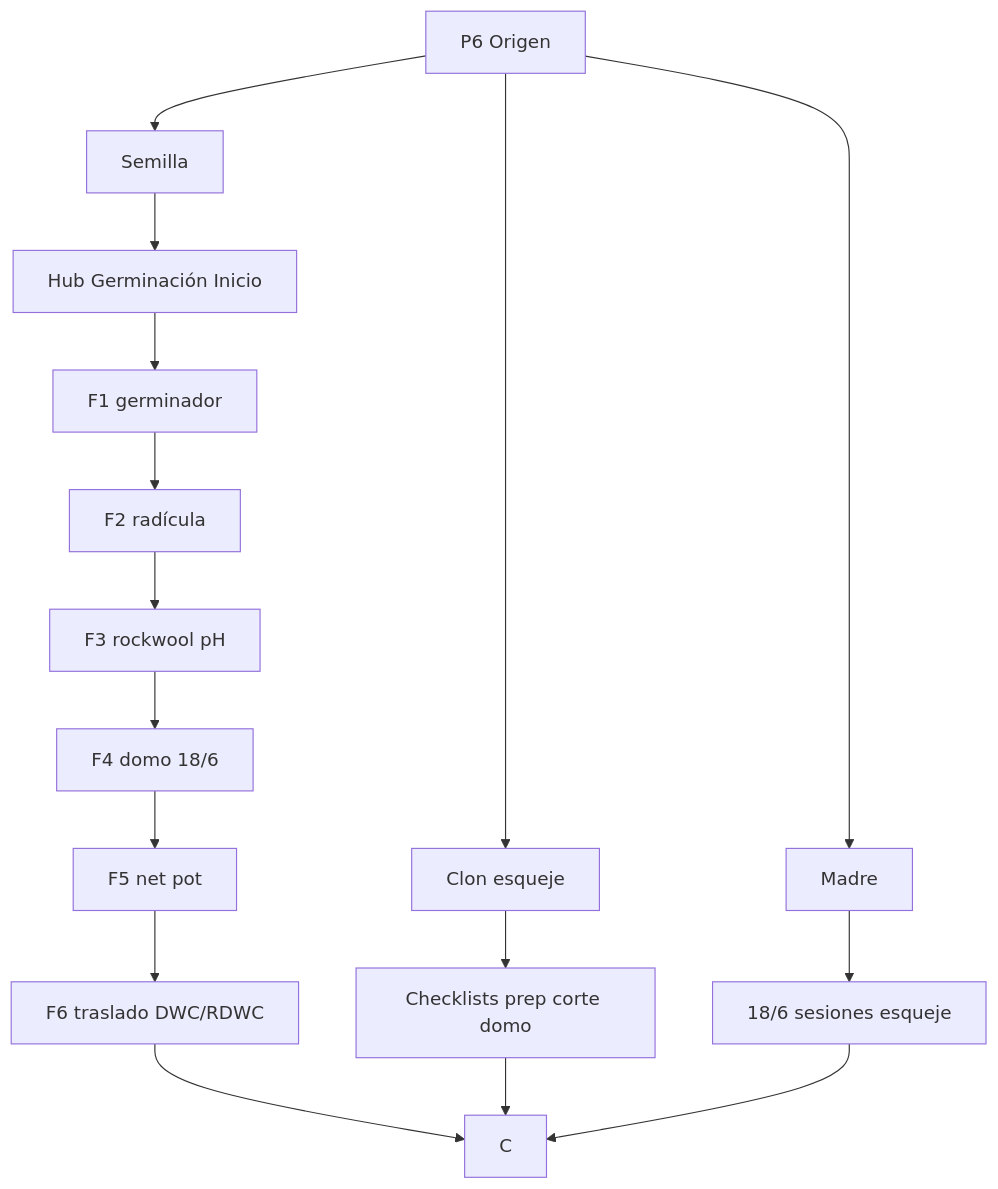
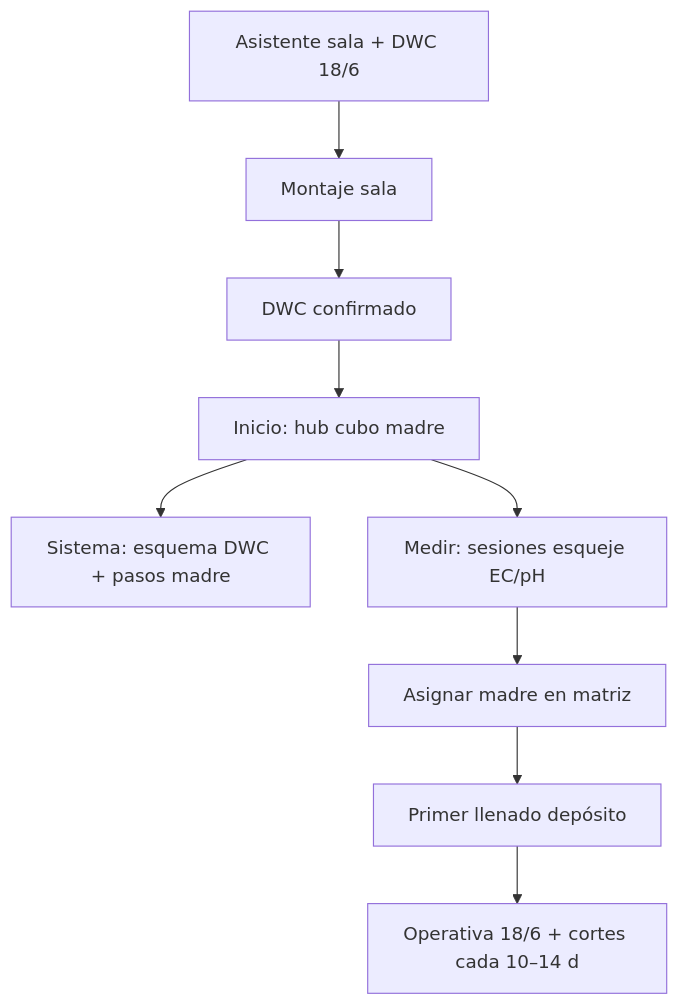
One commit to Debrin77/HidroGrow-web changed the seventh of 10 diagrams in docs/diagrama-flujo-hidrogrow.md. Above: the diagram before and after it, drawn with Mermaid. The commit also changed other lines of this file and 9 other files, not shown here.

First line of the commit message:
perf60: unificar checklist enraizado y diagrama de flujo completo

````diff
--- a/docs/diagrama-flujo-hidrogrow.md
+++ b/docs/diagrama-flujo-hidrogrow.md
@@ -78,18 +165,11 @@
 ```mermaid
 flowchart TD
-  O6[P6 Origen] --> SEM[Semilla]
-  O6 --> CLON[Clon esqueje]
-  O6 --> MAD[Madre]
-  SEM --> G[Hub Germinación Inicio]
-  G --> G1[F1 germinador]
-  G1 --> G2[F2 radícula]
-  G2 --> G3[F3 rockwool pH]
-  G3 --> G4[F4 domo 18/6]
-  G4 --> G5[F5 net pot]
-  G5 --> G6[F6 traslado DWC/RDWC]
-  G6 --> C
-  CLON --> CK[Checklists prep corte domo]
-  CK --> C
-  MAD --> MD[18/6 sesiones esqueje]
-  MD --> C
+  D1[Asistente sala + DWC 18/6] --> D2[Montaje sala]
+  D2 --> D3[DWC confirmado]
+  D3 --> D4[Inicio: hub cubo madre]
+  D4 --> D5[Sistema: esquema DWC + pasos madre]
+  D4 --> D6[Medir: sesiones esqueje EC/pH]
+  D6 --> D7[Asignar madre en matriz]
+  D7 --> D8[Primer llenado depósito]
+  D8 --> D9[Operativa 18/6 + cortes cada 10–14 d]
 ```
````
